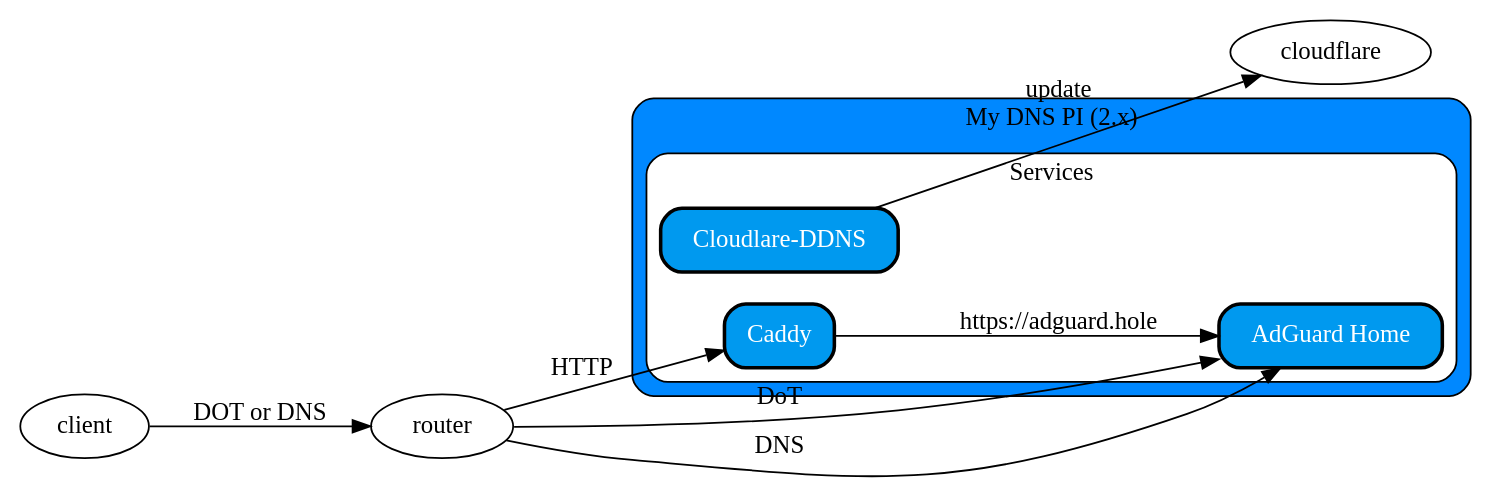
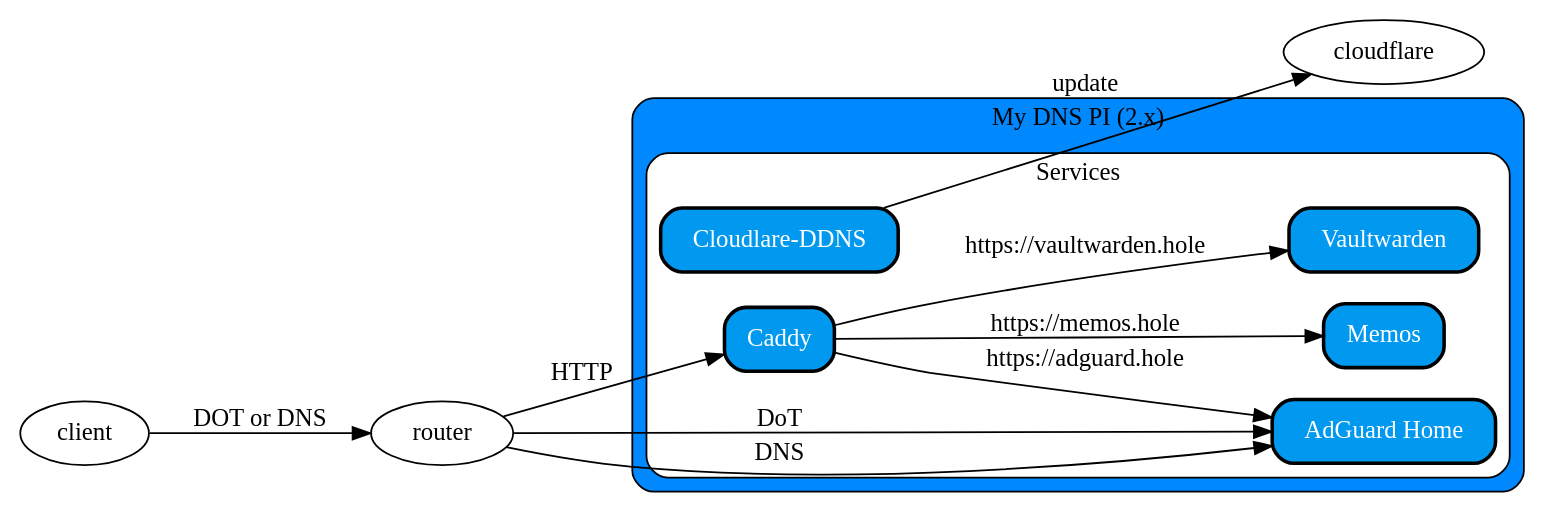
The diagram in workflow/graph.dot (zeuxisoo/my-dns-pi), drawn with Graphviz before and after one commit.

Commit message:
update the dot language for graphviz

```diff
--- a/workflow/graph.dot
+++ b/workflow/graph.dot
@@ -1,34 +1,39 @@
 digraph G {
     rankdir=LR
 
     subgraph cluster_0 {
         style="rounded,filled"
         fillcolor="#0088FF"
 
         node [style="rounded,filled", shape=box, penwidth=2, fillcolor="#0099EF", fontcolor=white]
 
         label="My DNS PI (2.x)"
         subgraph cluster_1 {
             fillcolor="#FFFFFF"
             label="Services"
 
             adguard_home [label="AdGuard Home"]
 
             caddy [label="Caddy"]
             cloudflare_ddns [label="Cloudlare-DDNS"]
+
+            usememos[label="Memos"]
+            vaultwarden[label="Vaultwarden"]
         }
     }
 
     client -> router [label="DOT or DNS"]
 
     //  Router
     router -> adguard_home [label="DoT"]
     router -> adguard_home [label="DNS"]
     router -> caddy [label="HTTP"]
 
     //  Caddy
     caddy -> adguard_home [label="https://adguard.hole"]
+    caddy -> usememos [label="https://memos.hole"]
+    caddy -> vaultwarden [label="https://vaultwarden.hole"]
 
     // Cloudflare DDNS
     cloudflare_ddns -> cloudflare [label="update"]
 }
```
